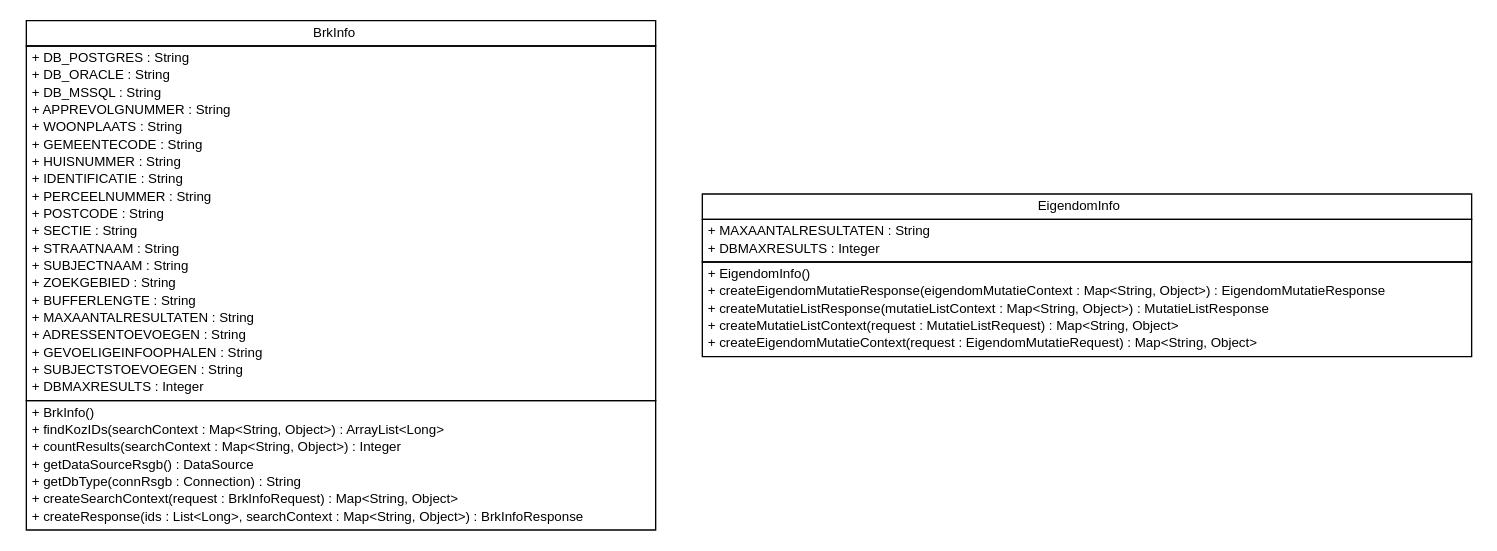
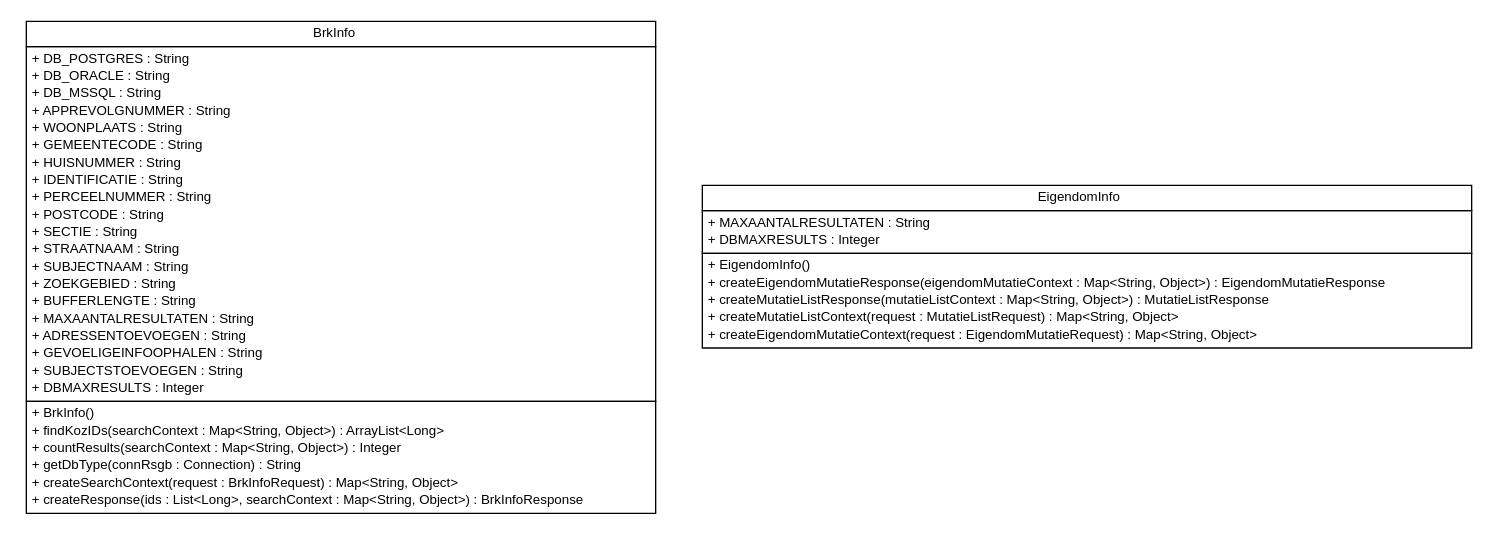
One commit to B3Partners/brmo changed the diagram in brmo-soap/apidocs/nl/b3p/brmo/soap/db/nl.b3p.brmo.soap.db.dot. Above: the diagram before and after it, drawn with Graphviz. The commit also changed 209 other files, not shown here.

```diff
--- a/brmo-soap/apidocs/nl/b3p/brmo/soap/db/nl.b3p.brmo.soap.db.dot
+++ b/brmo-soap/apidocs/nl/b3p/brmo/soap/db/nl.b3p.brmo.soap.db.dot
@@ -1,66 +1,65 @@
 #!/usr/local/bin/dot
 #
 # Class diagram 
 # Generated by UMLGraph version R5_6-24-gf6e263 (http://www.umlgraph.org/)
 #
 
 digraph G {
 	edge [fontname="Helvetica",fontsize=10,labelfontname="Helvetica",labelfontsize=10];
 	node [fontname="Helvetica",fontsize=10,shape=plaintext];
 	nodesep=0.25;
 	ranksep=0.5;
 	// nl.b3p.brmo.soap.db.BrkInfo
 	c0 [label=<<table title="nl.b3p.brmo.soap.db.BrkInfo" border="0" cellborder="1" cellspacing="0" cellpadding="2" port="p" href="./BrkInfo.html">
 		<tr><td><table border="0" cellspacing="0" cellpadding="1">
 <tr><td align="center" balign="center"> BrkInfo </td></tr>
 		</table></td></tr>
 		<tr><td><table border="0" cellspacing="0" cellpadding="1">
 <tr><td align="left" balign="left"> + DB_POSTGRES : String </td></tr>
 <tr><td align="left" balign="left"> + DB_ORACLE : String </td></tr>
 <tr><td align="left" balign="left"> + DB_MSSQL : String </td></tr>
 <tr><td align="left" balign="left"> + APPREVOLGNUMMER : String </td></tr>
 <tr><td align="left" balign="left"> + WOONPLAATS : String </td></tr>
 <tr><td align="left" balign="left"> + GEMEENTECODE : String </td></tr>
 <tr><td align="left" balign="left"> + HUISNUMMER : String </td></tr>
 <tr><td align="left" balign="left"> + IDENTIFICATIE : String </td></tr>
 <tr><td align="left" balign="left"> + PERCEELNUMMER : String </td></tr>
 <tr><td align="left" balign="left"> + POSTCODE : String </td></tr>
 <tr><td align="left" balign="left"> + SECTIE : String </td></tr>
 <tr><td align="left" balign="left"> + STRAATNAAM : String </td></tr>
 <tr><td align="left" balign="left"> + SUBJECTNAAM : String </td></tr>
 <tr><td align="left" balign="left"> + ZOEKGEBIED : String </td></tr>
 <tr><td align="left" balign="left"> + BUFFERLENGTE : String </td></tr>
 <tr><td align="left" balign="left"> + MAXAANTALRESULTATEN : String </td></tr>
 <tr><td align="left" balign="left"> + ADRESSENTOEVOEGEN : String </td></tr>
 <tr><td align="left" balign="left"> + GEVOELIGEINFOOPHALEN : String </td></tr>
 <tr><td align="left" balign="left"> + SUBJECTSTOEVOEGEN : String </td></tr>
 <tr><td align="left" balign="left"> + DBMAXRESULTS : Integer </td></tr>
 		</table></td></tr>
 		<tr><td><table border="0" cellspacing="0" cellpadding="1">
 <tr><td align="left" balign="left"> + BrkInfo() </td></tr>
 <tr><td align="left" balign="left"> + findKozIDs(searchContext : Map&lt;String, Object&gt;) : ArrayList&lt;Long&gt; </td></tr>
 <tr><td align="left" balign="left"> + countResults(searchContext : Map&lt;String, Object&gt;) : Integer </td></tr>
-<tr><td align="left" balign="left"> + getDataSourceRsgb() : DataSource </td></tr>
 <tr><td align="left" balign="left"> + getDbType(connRsgb : Connection) : String </td></tr>
 <tr><td align="left" balign="left"> + createSearchContext(request : BrkInfoRequest) : Map&lt;String, Object&gt; </td></tr>
 <tr><td align="left" balign="left"> + createResponse(ids : List&lt;Long&gt;, searchContext : Map&lt;String, Object&gt;) : BrkInfoResponse </td></tr>
 		</table></td></tr>
 		</table>>, URL="./BrkInfo.html", fontname="Helvetica", fontcolor="black", fontsize=10.0];
 	// nl.b3p.brmo.soap.db.EigendomInfo
 	c1 [label=<<table title="nl.b3p.brmo.soap.db.EigendomInfo" border="0" cellborder="1" cellspacing="0" cellpadding="2" port="p" href="./EigendomInfo.html">
 		<tr><td><table border="0" cellspacing="0" cellpadding="1">
 <tr><td align="center" balign="center"> EigendomInfo </td></tr>
 		</table></td></tr>
 		<tr><td><table border="0" cellspacing="0" cellpadding="1">
 <tr><td align="left" balign="left"> + MAXAANTALRESULTATEN : String </td></tr>
 <tr><td align="left" balign="left"> + DBMAXRESULTS : Integer </td></tr>
 		</table></td></tr>
 		<tr><td><table border="0" cellspacing="0" cellpadding="1">
 <tr><td align="left" balign="left"> + EigendomInfo() </td></tr>
 <tr><td align="left" balign="left"> + createEigendomMutatieResponse(eigendomMutatieContext : Map&lt;String, Object&gt;) : EigendomMutatieResponse </td></tr>
 <tr><td align="left" balign="left"> + createMutatieListResponse(mutatieListContext : Map&lt;String, Object&gt;) : MutatieListResponse </td></tr>
 <tr><td align="left" balign="left"> + createMutatieListContext(request : MutatieListRequest) : Map&lt;String, Object&gt; </td></tr>
 <tr><td align="left" balign="left"> + createEigendomMutatieContext(request : EigendomMutatieRequest) : Map&lt;String, Object&gt; </td></tr>
 		</table></td></tr>
 		</table>>, URL="./EigendomInfo.html", fontname="Helvetica", fontcolor="black", fontsize=10.0];
 }
```
